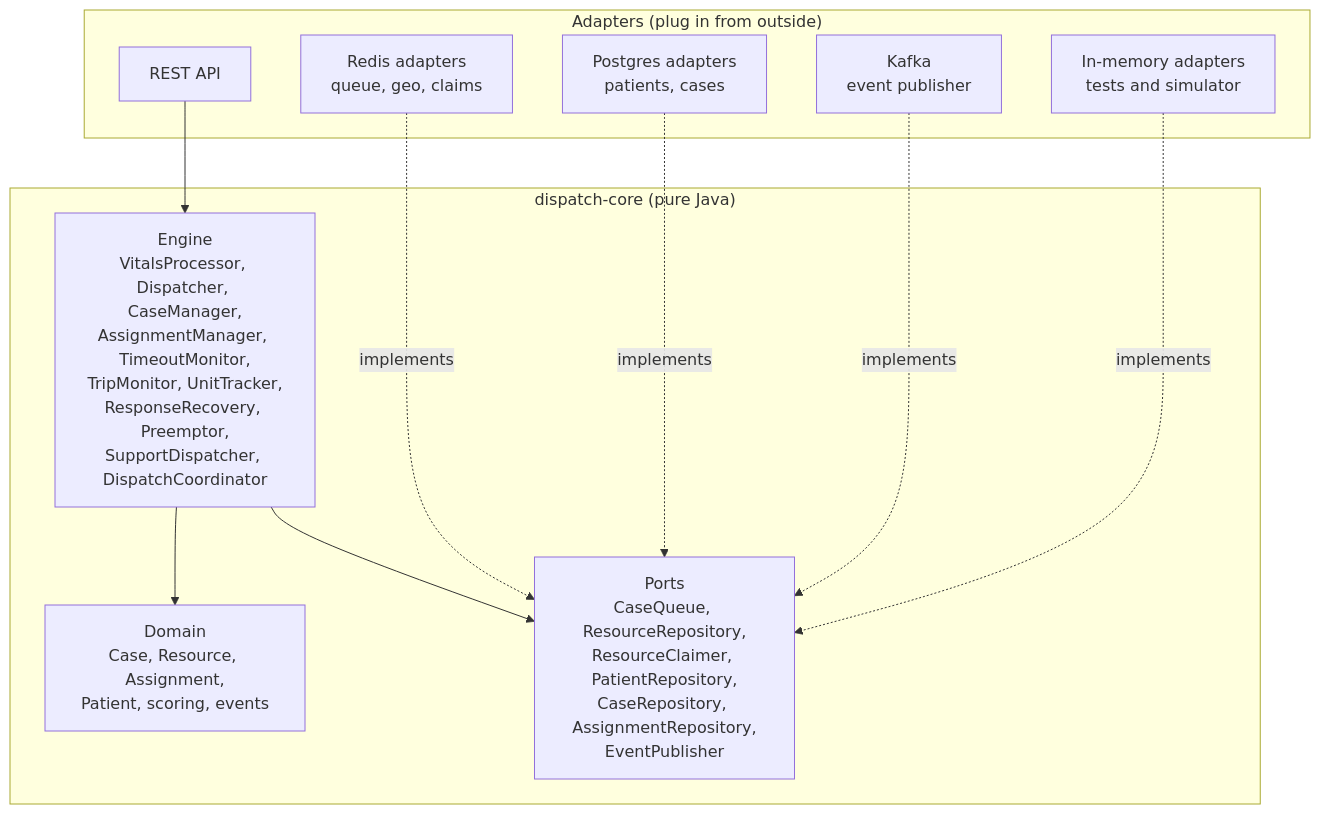
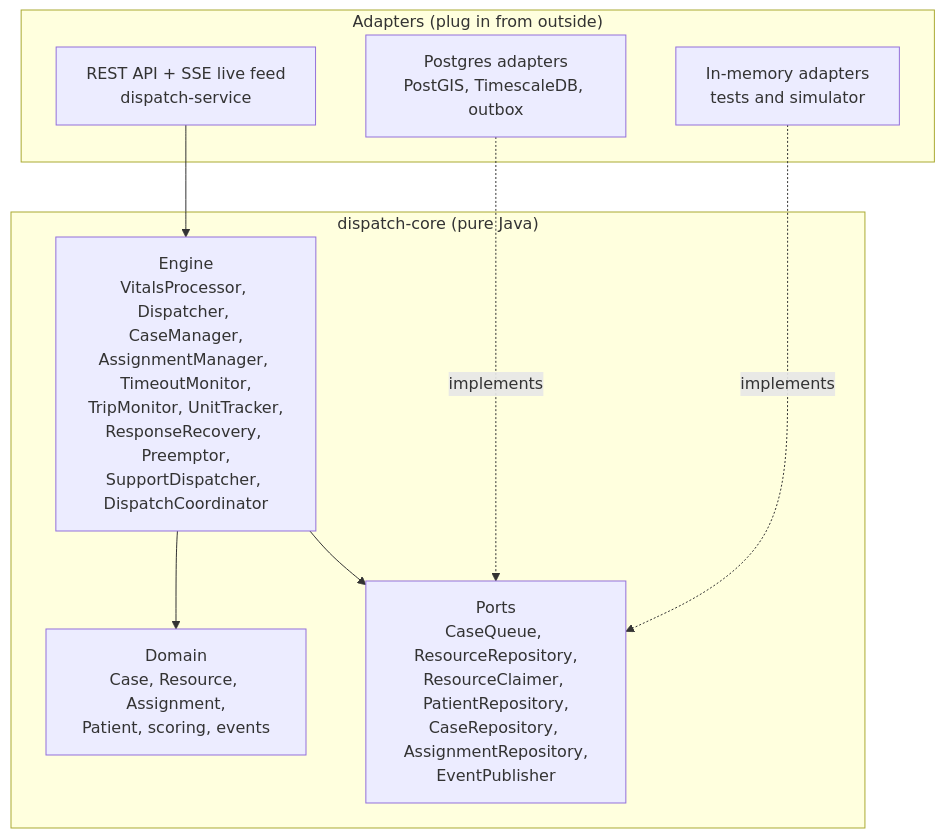
The third of 3 diagrams in README.md (anujpi/medidispatch), drawn with Mermaid before and after one commit. The commit also changed other lines of this file and 14 other files, not shown here.

````diff
--- a/README.md
+++ b/README.md
@@ -105,22 +105,18 @@
 ```mermaid
 flowchart TB
     subgraph Outside["Adapters (plug in from outside)"]
-        REST[REST API]
-        REDIS[Redis adapters<br/>queue, geo, claims]
-        PG[Postgres adapters<br/>patients, cases]
-        KAFKA[Kafka<br/>event publisher]
+        REST[REST API + SSE live feed<br/>dispatch-service]
+        PG[Postgres adapters<br/>PostGIS, TimescaleDB, outbox]
         MEM[In-memory adapters<br/>tests and simulator]
     end
     subgraph Core["dispatch-core (pure Java)"]
         ENG[Engine<br/>VitalsProcessor, Dispatcher, CaseManager,<br/>AssignmentManager, TimeoutMonitor,<br/>TripMonitor, UnitTracker,<br/>ResponseRecovery, Preemptor,<br/>SupportDispatcher, DispatchCoordinator]
         DOM[Domain<br/>Case, Resource, Assignment,<br/>Patient, scoring, events]
         PORTS[Ports<br/>CaseQueue, ResourceRepository,<br/>ResourceClaimer, PatientRepository,<br/>CaseRepository, AssignmentRepository,<br/>EventPublisher]
     end
     REST --> ENG
     ENG --> DOM
     ENG --> PORTS
-    REDIS -. implements .-> PORTS
     PG -. implements .-> PORTS
-    KAFKA -. implements .-> PORTS
     MEM -. implements .-> PORTS
 ```
````
